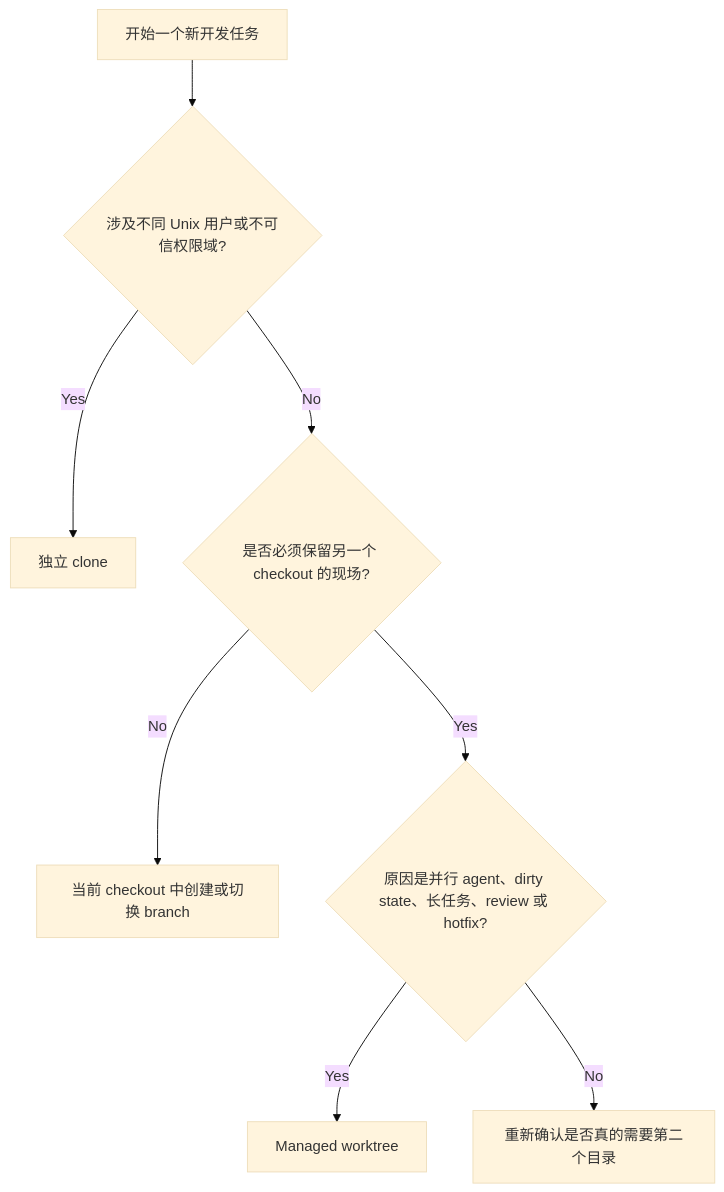
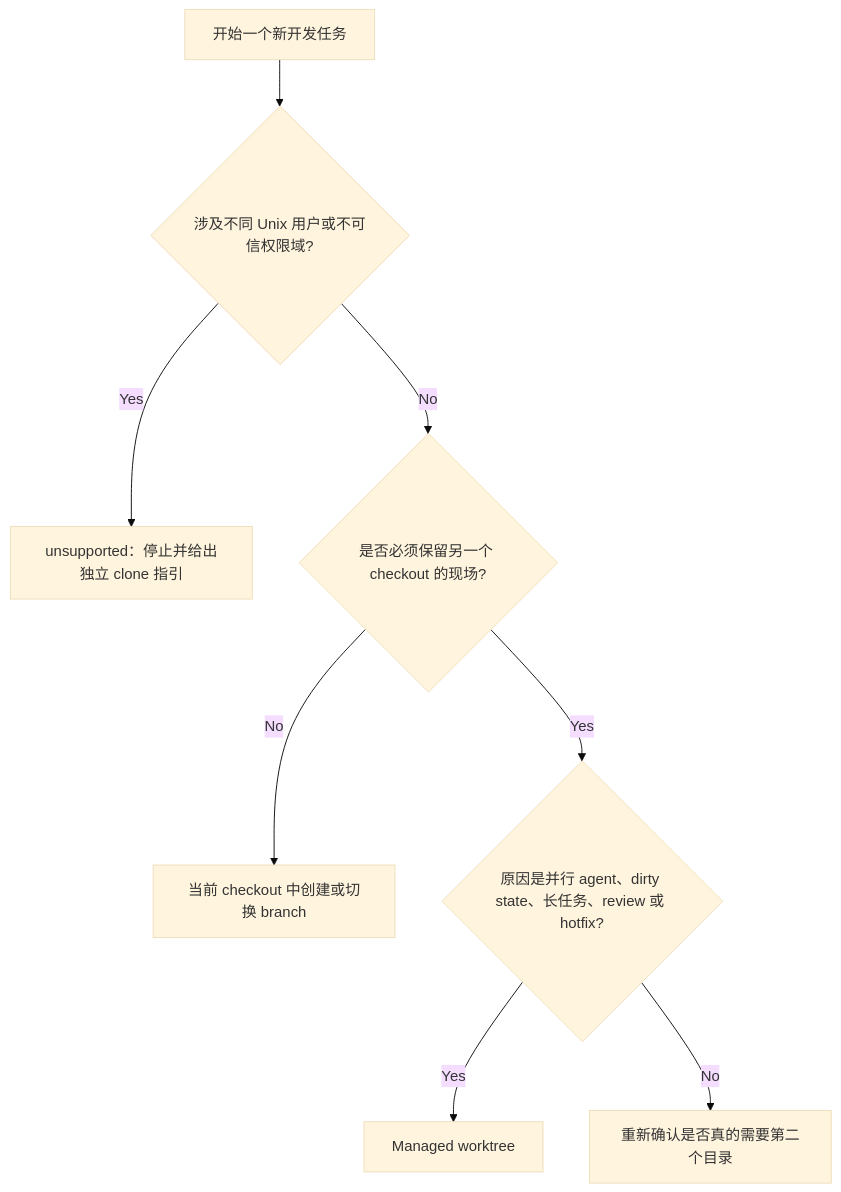
Before and after one commit to AlexJJ009/agent-tools: the second of 3 diagrams in docs/GIT_WORKTREE_AND_AGENT_WT_GUIDE.md, drawn with Mermaid (base theme). The commit also changed other lines of this file and 10 other files, not shown here.

````diff
--- a/docs/GIT_WORKTREE_AND_AGENT_WT_GUIDE.md
+++ b/docs/GIT_WORKTREE_AND_AGENT_WT_GUIDE.md
@@ -83,10 +83,10 @@
 ```mermaid
 flowchart TD
     A["开始一个新开发任务"] --> B{"涉及不同 Unix 用户或不可信权限域?"}
-    B -->|Yes| C["独立 clone"]
+    B -->|Yes| C["unsupported：停止并给出独立 clone 指引"]
     B -->|No| D{"是否必须保留另一个 checkout 的现场?"}
     D -->|No| E["当前 checkout 中创建或切换 branch"]
     D -->|Yes| F{"原因是并行 agent、dirty state、长任务、review 或 hotfix?"}
     F -->|Yes| G["Managed worktree"]
     F -->|No| H["重新确认是否真的需要第二个目录"]
 ```
````
